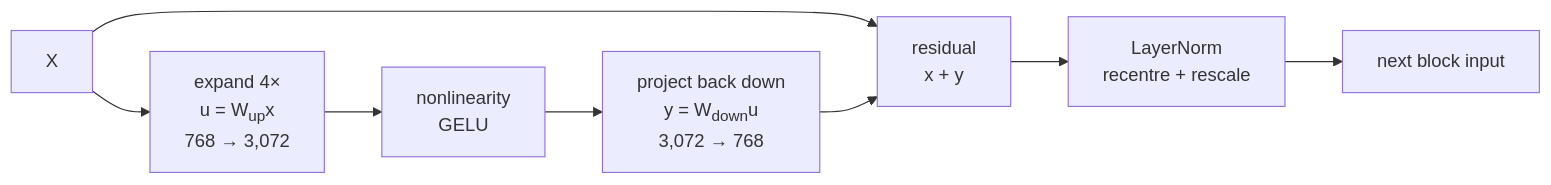
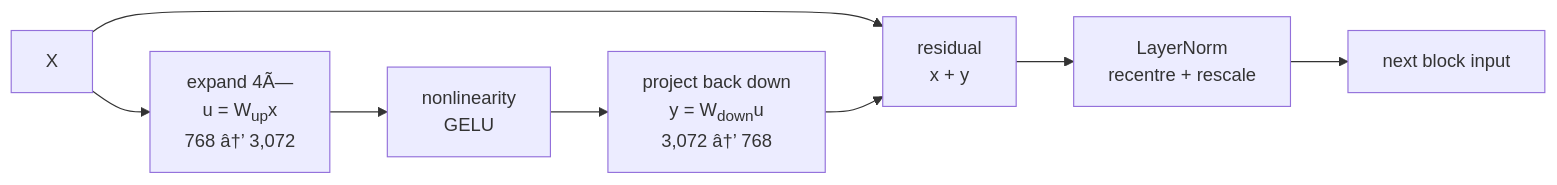
Before and after one commit to Mostakim2005/gpt-moe-3d-explainer: the fifth of 11 diagrams in docs/algorithms.md, drawn with Mermaid. The commit also changed other lines of this file and 5 other files, not shown here.

````diff
--- a/docs/algorithms.md
+++ b/docs/algorithms.md
@@ -81,10 +83,10 @@
 ```mermaid
 flowchart LR
-    X --> UP[expand 4×\nu = W<sub>up</sub>x\n768 → 3,072]
+    X --> UP[expand 4Ã—\nu = W<sub>up</sub>x\n768 â†’ 3,072]
     UP --> ACT[nonlinearity\nGELU]
-    ACT --> DOWN[project back down\ny = W<sub>down</sub>u\n3,072 → 768]
+    ACT --> DOWN[project back down\ny = W<sub>down</sub>u\n3,072 â†’ 768]
     X --> ADD[residual\nx + y]
     DOWN --> ADD
     ADD --> LN[LayerNorm\nrecentre + rescale]
     LN --> NEXT[next block input]
 ```
````
